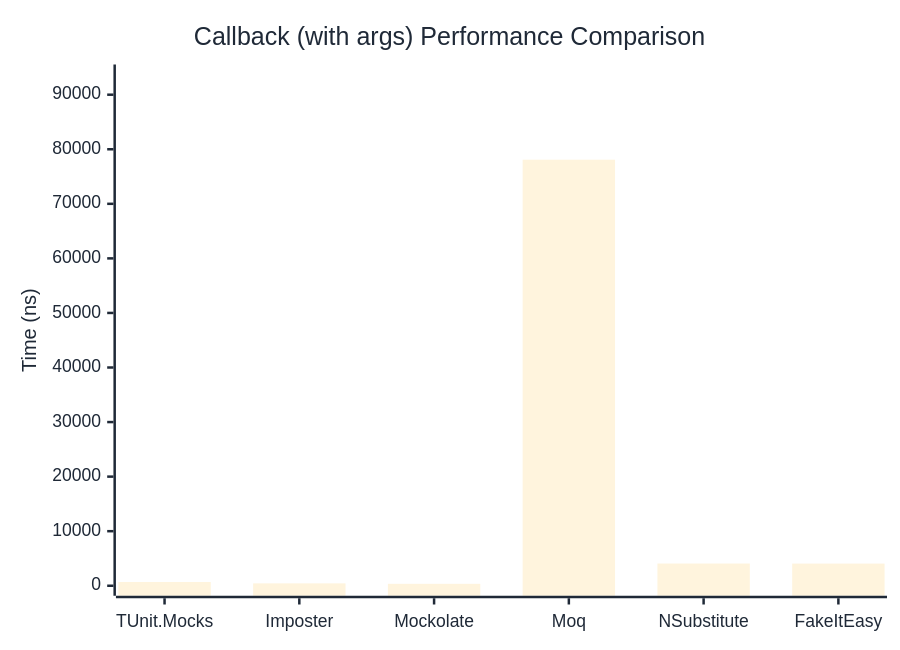
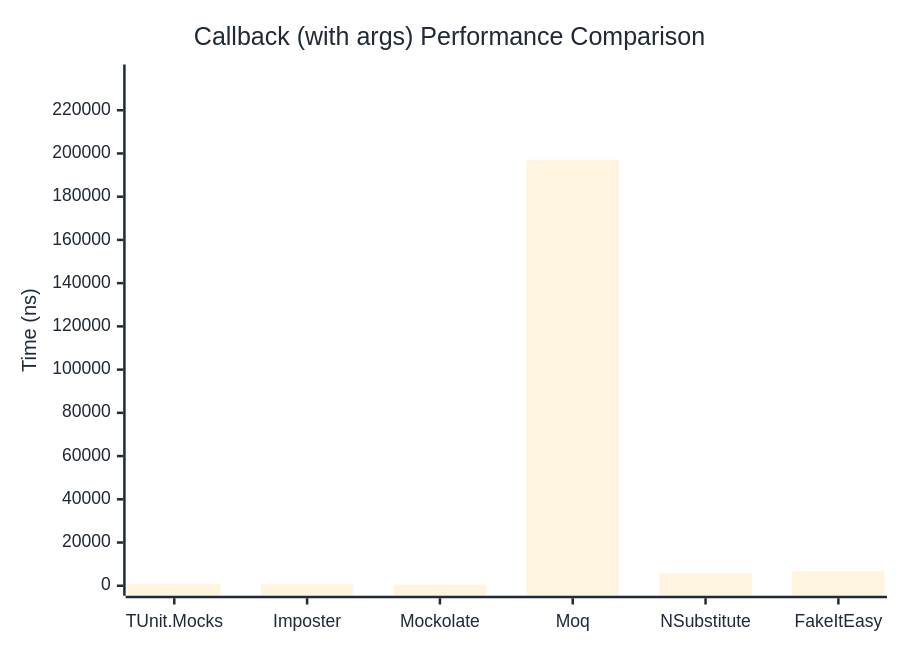
Before and after one commit to thomhurst/TUnit: the second of 2 diagrams in docs/docs/benchmarks/mocks/Callback.md, drawn with Mermaid. The commit also changed other lines of this file and 14 other files, not shown here.

````diff
--- a/docs/docs/benchmarks/mocks/Callback.md
+++ b/docs/docs/benchmarks/mocks/Callback.md
@@ -71,27 +71,27 @@
 ```mermaid
 %%{init: {
   'theme':'base',
   'themeVariables': {
     'primaryColor': '#2563eb',
     'primaryTextColor': '#1f2937',
     'primaryBorderColor': '#1e40af',
     'lineColor': '#6b7280',
     'secondaryColor': '#7c3aed',
     'tertiaryColor': '#dc2626',
     'background': '#ffffff',
     'pie1': '#2563eb',
     'pie2': '#7c3aed',
     'pie3': '#dc2626',
     'pie4': '#f59e0b',
     'pie5': '#10b981',
     'pie6': '#06b6d4',
     'pie7': '#ec4899',
     'pie8': '#6366f1'
   }
 }}%%
 xychart-beta
   title "Callback (with args) Performance Comparison"
   x-axis ["TUnit.Mocks", "Imposter", "Mockolate", "Moq", "NSubstitute", "FakeItEasy"]
-  y-axis "Time (ns)" 0 --> 93702
-  bar [687, 439.4, 354.9, 78084.3, 4071.3, 4062.7]
+  y-axis "Time (ns)" 0 --> 236536
+  bar [917.8, 641.2, 470.1, 197112.8, 5749.6, 6775.4]
 ```
````
